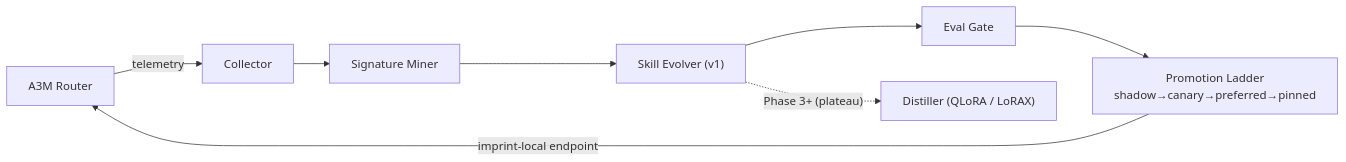
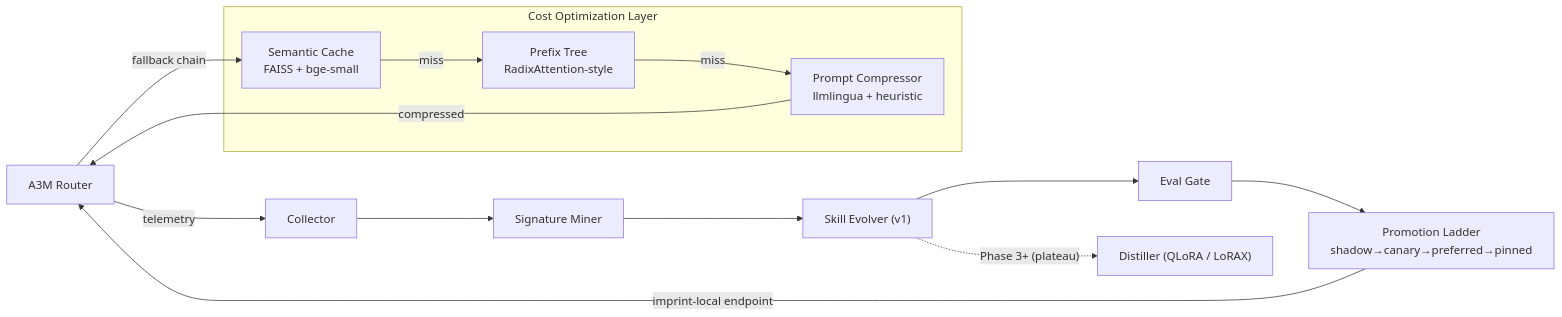
The diagram in README.md (Das-rebel/imprint), drawn with Mermaid before and after one commit. The commit also changed other lines of this file, not shown here.

First line of the commit message:
docs: update README with v0.4 features — semantic cache, prefix tree, compressor

````diff
--- a/README.md
+++ b/README.md
@@ -16,10 +19,21 @@
 ```mermaid
 flowchart LR
     A3M["A3M Router"] -->|telemetry| C["Collector"]
     C --> M["Signature Miner"]
     M --> E["Skill Evolver (v1)"]
     E --> G["Eval Gate"]
     G --> L["Promotion Ladder<br/>shadow→canary→preferred→pinned"]
     L -->|imprint-local endpoint| A3M
     E -.->|"Phase 3+ (plateau)"| D["Distiller (QLoRA / LoRAX)"]
+    
+    subgraph v0.4 ["Cost Optimization Layer"]
+        SC["Semantic Cache<br/>FAISS + bge-small"]
+        PT["Prefix Tree<br/>RadixAttention-style"]
+        CP["Prompt Compressor<br/>llmlingua + heuristic"]
+    end
+    
+    A3M -->|fallback chain| SC
+    SC -->|miss| PT
+    PT -->|miss| CP
+    CP -->|compressed| A3M
 ```
````
